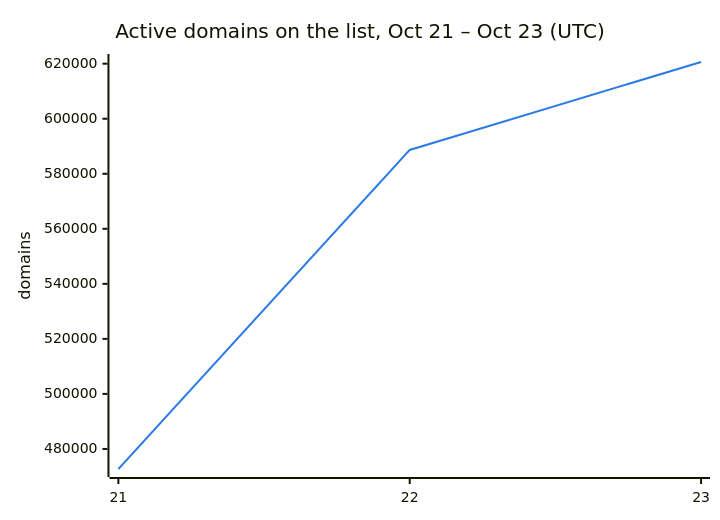
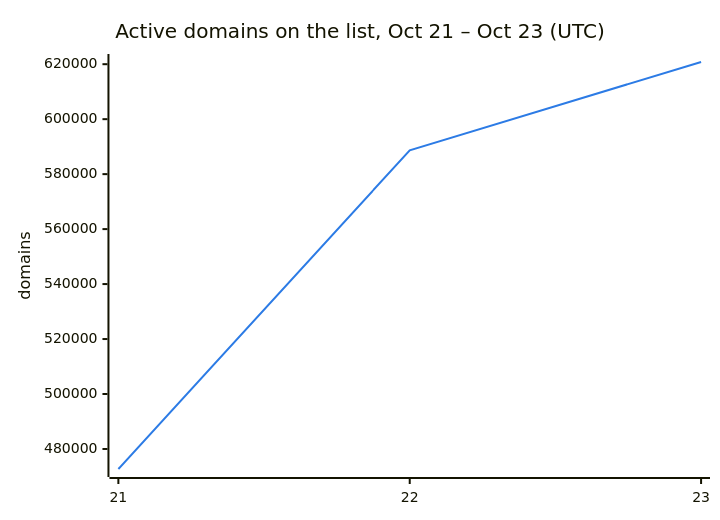
Before and after one commit to DNSBunker/CTI: the second of 3 diagrams in README.md, drawn with Mermaid. The commit also changed other lines of this file and 3 other files, not shown here.

````diff
--- a/README.md
+++ b/README.md
@@ -38,8 +38,8 @@
 ```mermaid
 %%{init: {"themeVariables": {"xyChart": {"plotColorPalette": "#2c7be5"}}}}%%
 xychart-beta
     title "Active domains on the list, Oct 21 – Oct 23 (UTC)"
     x-axis ["21", "22", "23"]
     y-axis "domains"
-    line [472713, 588659, 620619]
+    line [472713, 588659, 620800]
 ```
````
